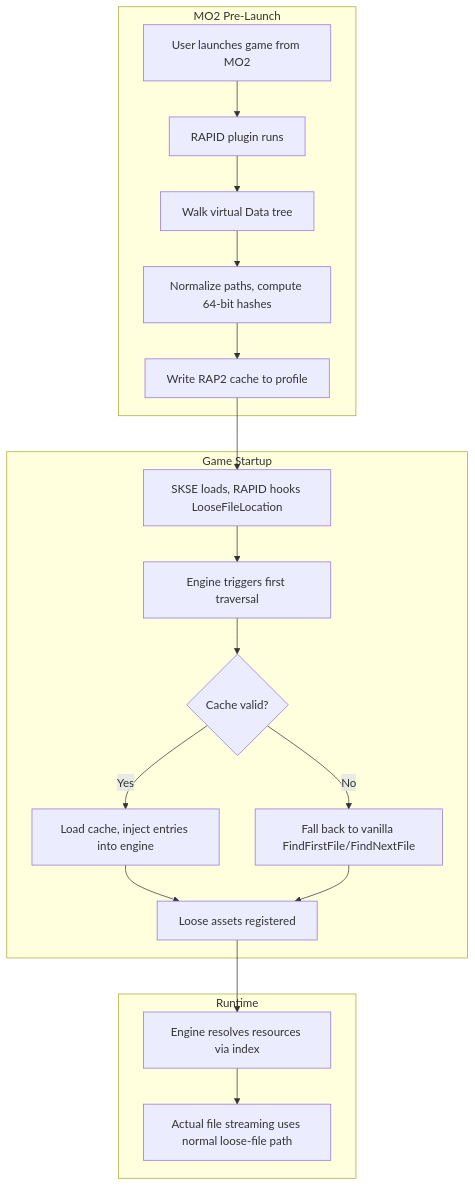
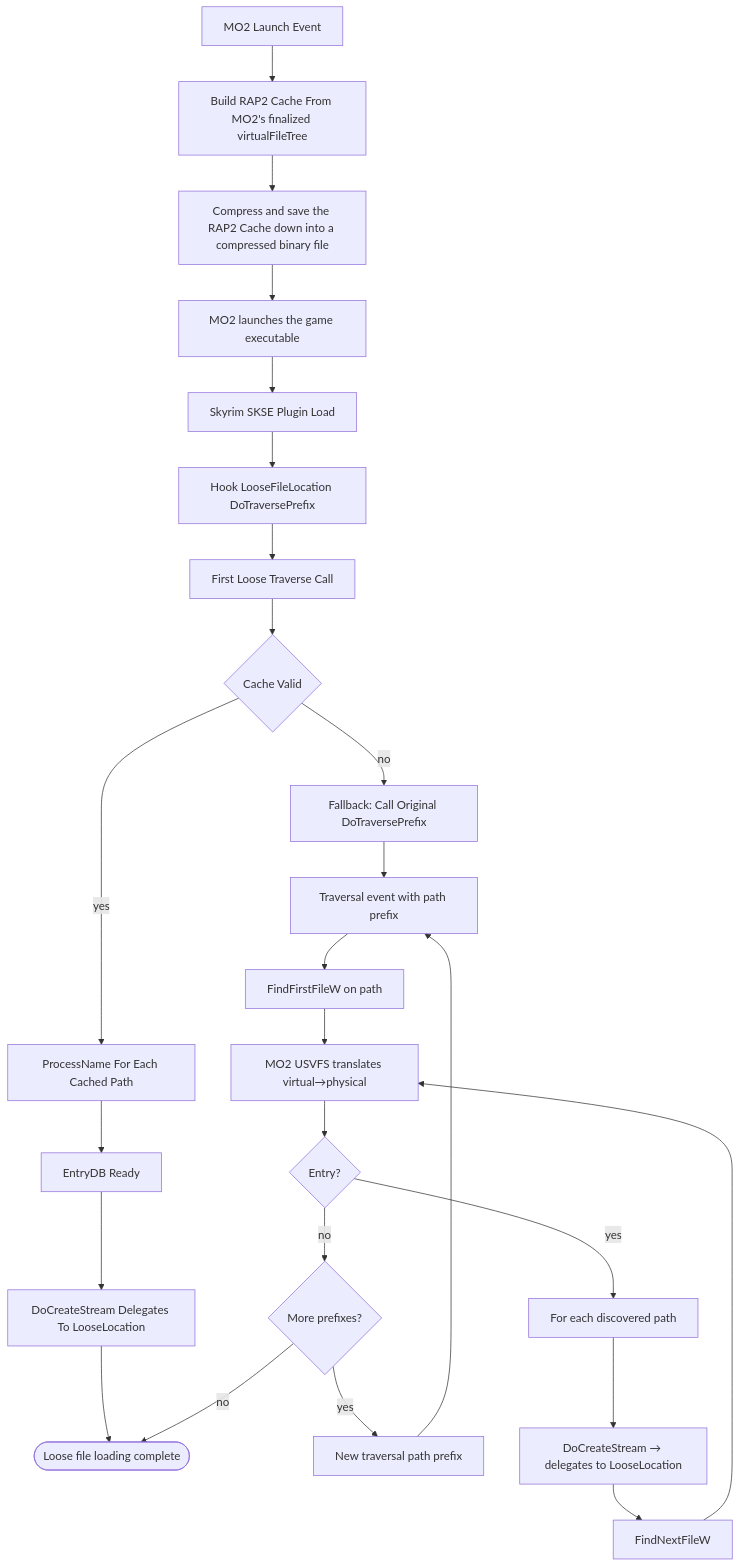
One commit to raziell74/rapid changed the diagram in README.md. Above: the diagram before and after it, drawn with Mermaid.

Commit message:
Revise flowchart in README.md to enhance clarity of MO2 pre-launch and game startup processes. Updated diagram to reflect new cache building and file traversal steps, improving overall documentation accuracy.

````diff
--- a/README.md
+++ b/README.md
@@ -15,24 +15,28 @@
 ```mermaid
 flowchart TD
-    subgraph PreLaunch["MO2 Pre-Launch"]
-        A[User launches game from MO2] --> B[RAPID plugin runs]
-        B --> C[Walk virtual Data tree]
-        C --> D[Normalize paths, compute 64-bit hashes]
-        D --> E[Write RAP2 cache to profile]
-    end
+  mo2Launch[MO2 Launch Event] --> buildCache[Build RAP2 Cache From MO2's finalized virtualFileTree]
+  buildCache --> writeCache[Compress and save the RAP2 Cache down into a compressed binary file]
+  writeCache --> gameLaunch[MO2 launches the game executable]
+  gameLaunch --> gameStart[Skyrim SKSE Plugin Load]
+  gameStart --> hookInstall[Hook LooseFileLocation DoTraversePrefix]
+  hookInstall --> firstTraverse[First Loose Traverse Call]
+  firstTraverse --> cacheLoad{Cache Valid}
+  cacheLoad -->|yes| injectPaths[ProcessName For Each Cached Path]
+  cacheLoad -->|no| nativeFallback[Fallback: Call Original DoTraversePrefix]
+  injectPaths --> entryDbReady[EntryDB Ready]
+  entryDbReady --> streamOpen[DoCreateStream Delegates To LooseLocation]
+  streamOpen --> looseComplete
 
-    subgraph GameStart["Game Startup"]
-        E --> F[SKSE loads, RAPID hooks LooseFileLocation]
-        F --> G[Engine triggers first traversal]
-        G --> H{Cache valid?}
-        H -->|Yes| I[Load cache, inject entries into engine]
-        H -->|No| J[Fall back to vanilla FindFirstFile/FindNextFile]
-        I --> K[Loose assets registered]
-        J --> K
-    end
-
-    subgraph Runtime["Runtime"]
-        K --> L[Engine resolves resources via index]
-        L --> M[Actual file streaming uses normal loose-file path]
-    end
+  nativeFallback --> traverseEvent[Traversal event with path prefix]
+  traverseEvent --> findFirst[FindFirstFileW on path]
+  findFirst --> usvfs[MO2 USVFS translates virtual→physical]
+  findNext[FindNextFileW] --> usvfs
+  usvfs --> hasEntry{Entry?}
+  hasEntry -->|no| morePrefixes{More prefixes?}
+  hasEntry -->|yes| forEachPath[For each discovered path]
+  morePrefixes -->|yes| nextPrefix[New traversal path prefix]
+  morePrefixes -->|no| looseComplete([Loose file loading complete])
+  forEachPath --> doCreateStream[DoCreateStream → delegates to LooseLocation]
+  doCreateStream --> findNext
+  nextPrefix --> traverseEvent
 ```
````
